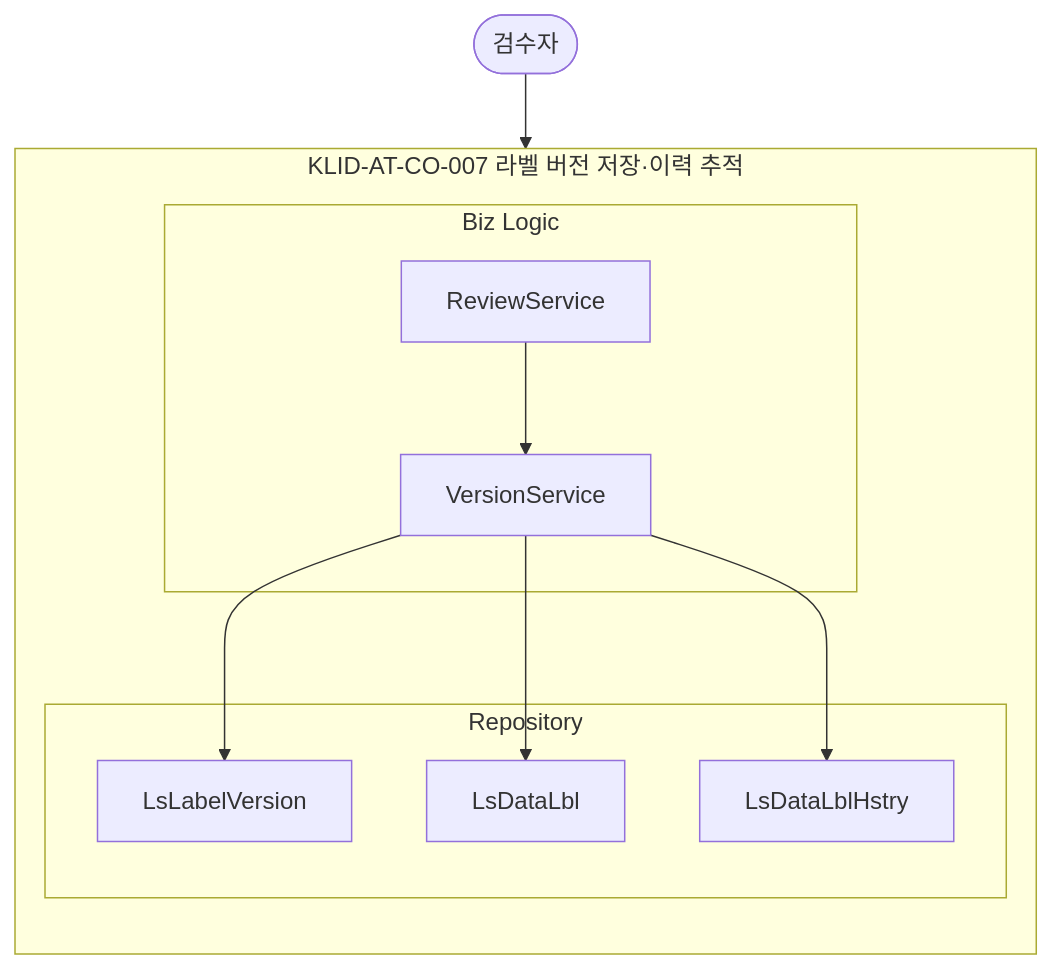
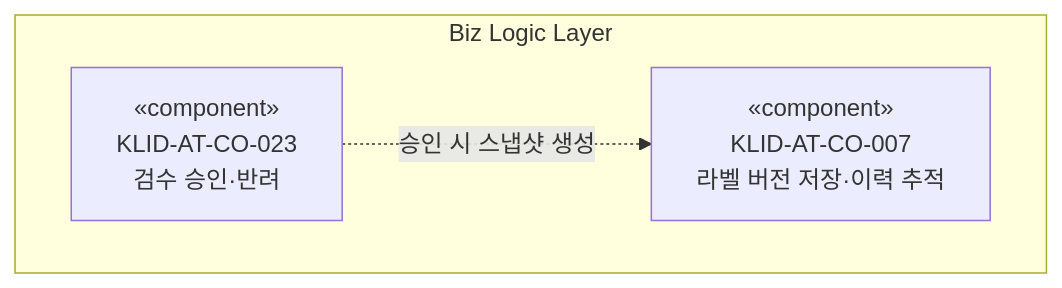
The seventh of 18 diagrams in docs/design/D3-컴포넌트설계서.md (New-stella/klid-label), drawn with Mermaid before and after one commit. The commit also changed other lines of this file and 10 other files, not shown here.

````diff
--- a/docs/design/D3-컴포넌트설계서.md
+++ b/docs/design/D3-컴포넌트설계서.md
@@ -226,21 +162,8 @@
 ```mermaid
 flowchart TD
-    REVIEWER([검수자])
-    subgraph CO007[KLID-AT-CO-007 라벨 버전 저장·이력 추적]
-        direction TB
-        subgraph BIZ7[Biz Logic]
-            RS7[ReviewService]
-            VS7[VersionService]
-        end
-        subgraph REP7[Repository]
-            LV[LsLabelVersion]
-            HST[LsDataLblHstry]
-            LBL7[LsDataLbl]
-        end
-        RS7 --> VS7
-        VS7 --> LBL7
-        VS7 --> LV
-        VS7 --> HST
+    subgraph BIZ7[Biz Logic Layer]
+        CO023C["«component»<br/>KLID-AT-CO-023<br/>검수 승인·반려"]
+        CO007["«component»<br/>KLID-AT-CO-007<br/>라벨 버전 저장·이력 추적"]
     end
-    REVIEWER --> RS7
+    CO023C -.승인 시 스냅샷 생성.-> CO007
 ```
````
